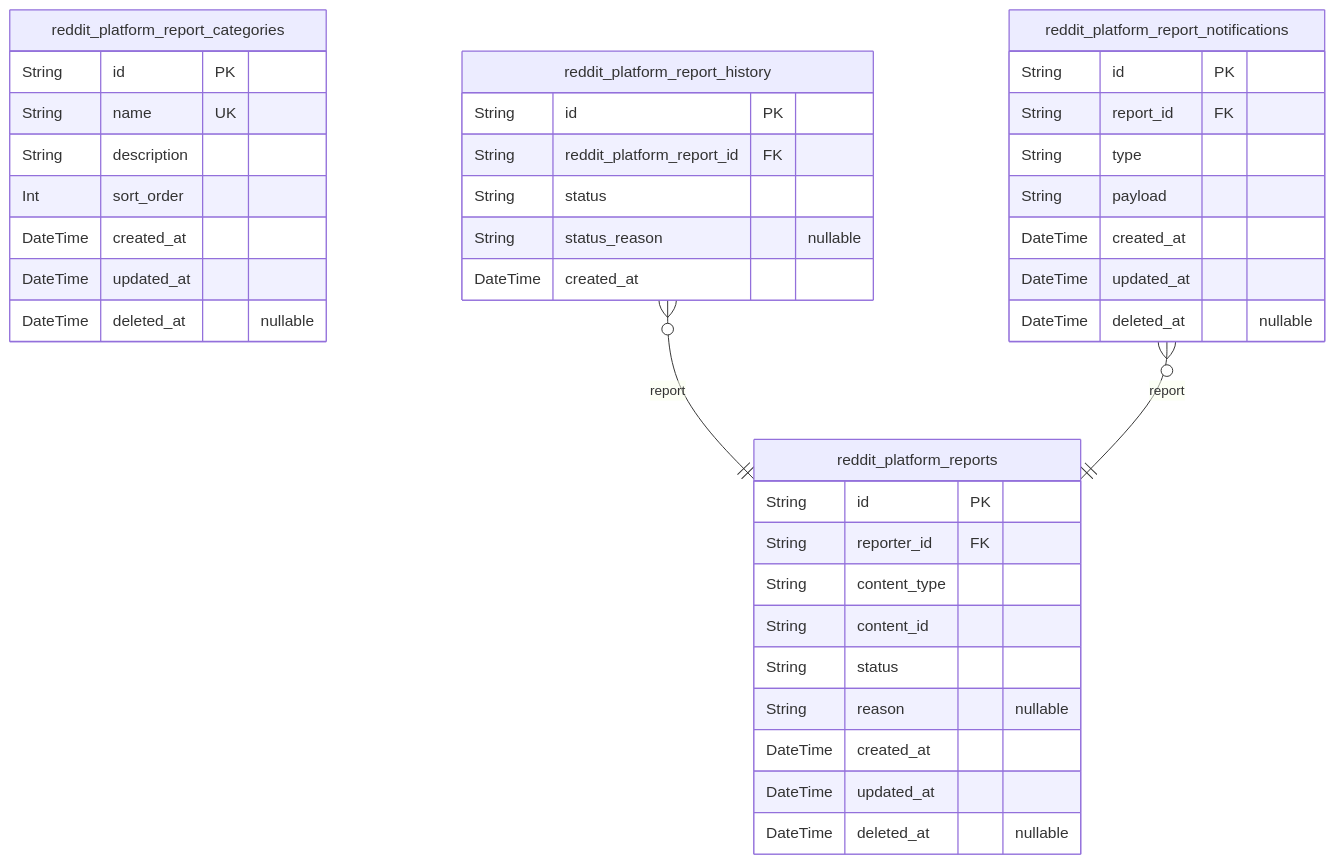
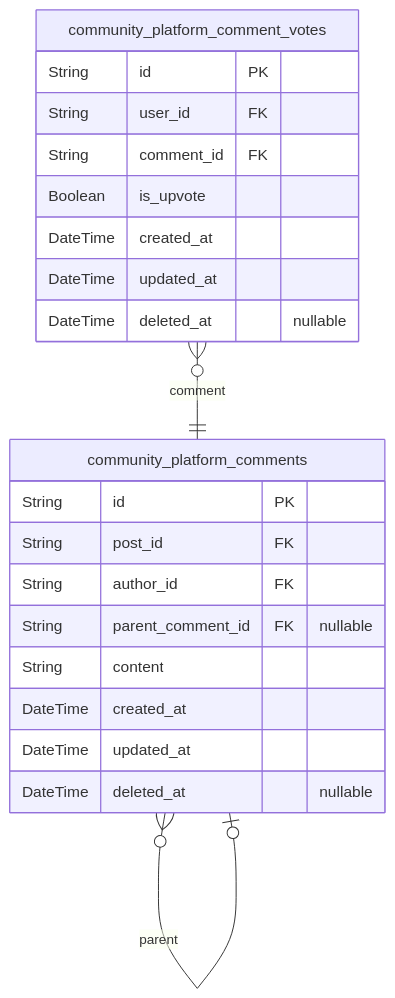
The seventh of 8 diagrams in qwen/qwen3-30b-a3b-thinking-2507/reddit/docs/ERD.md (wrtnlabs/autobe-examples), drawn with Mermaid before and after one commit. The commit also changed other lines of this file and 9391 other files, not shown here.

````diff
--- a/qwen/qwen3-30b-a3b-thinking-2507/reddit/docs/ERD.md
+++ b/qwen/qwen3-30b-a3b-thinking-2507/reddit/docs/ERD.md
@@ -1040,41 +813,24 @@
 ```mermaid
 erDiagram
-"reddit_platform_report_categories" {
+"community_platform_comment_votes" {
   String id PK
-  String name UK
-  String description
-  Int sort_order
+  String user_id FK
+  String comment_id FK
+  Boolean is_upvote
   DateTime created_at
   DateTime updated_at
   DateTime deleted_at "nullable"
 }
-"reddit_platform_reports" {
+"community_platform_comments" {
   String id PK
-  String reporter_id FK
-  String content_type
-  String content_id
-  String status
-  String reason "nullable"
+  String post_id FK
+  String author_id FK
+  String parent_comment_id FK "nullable"
+  String content
   DateTime created_at
   DateTime updated_at
   DateTime deleted_at "nullable"
 }
-"reddit_platform_report_history" {
-  String id PK
-  String reddit_platform_report_id FK
-  String status
-  String status_reason "nullable"
-  DateTime created_at
-}
-"reddit_platform_report_notifications" {
-  String id PK
-  String report_id FK
-  String type
-  String payload
-  DateTime created_at
-  DateTime updated_at
-  DateTime deleted_at "nullable"
-}
-"reddit_platform_report_history" }o--|| "reddit_platform_reports" : report
-"reddit_platform_report_notifications" }o--|| "reddit_platform_reports" : report
+"community_platform_comment_votes" }o--|| "community_platform_comments" : comment
+"community_platform_comments" }o--o| "community_platform_comments" : parent
 ```
````
